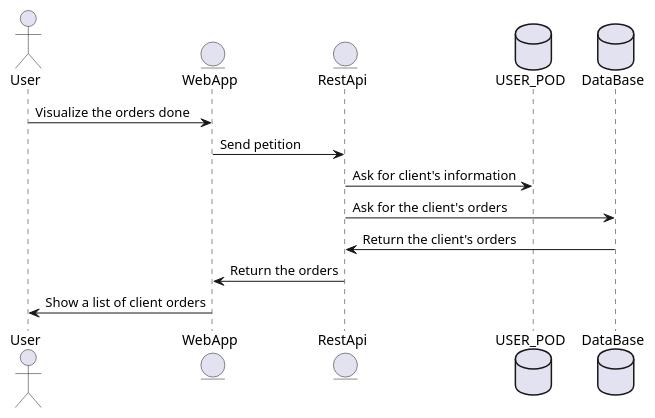
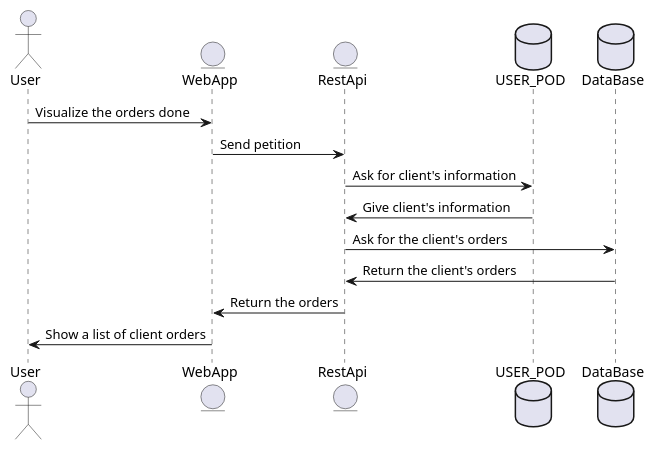
Before and after one commit to Arquisoft/dede_es3c: the second of 3 diagrams in docs/06_runtime_view.adoc, drawn with PlantUML.

```diff
--- a/docs/06_runtime_view.adoc
+++ b/docs/06_runtime_view.adoc
@@ -55,17 +55,18 @@
 [plantuml,"Visualize orders done",png]
 ----
 @startuml
 actor User
 entity WebApp
 entity RestApi
 database USER_POD
 database DataBase
 User -> WebApp: Visualize the orders done
 WebApp -> RestApi: Send petition
 RestApi -> USER_POD: Ask for client's information
+USER_POD -> RestApi: Give client's information
 RestApi -> DataBase: Ask for the client's orders
 DataBase -> RestApi: Return the client's orders
 RestApi -> WebApp: Return the orders
 WebApp -> User: Show a list of client orders
 @enduml
 ----
```
